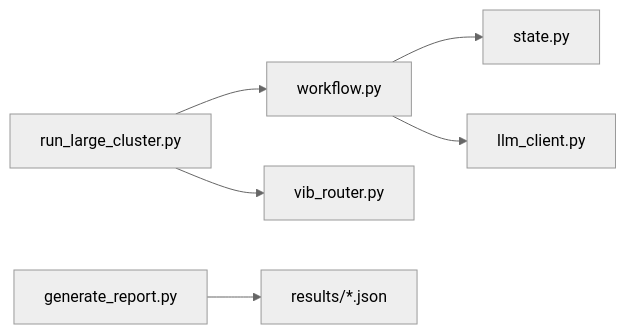
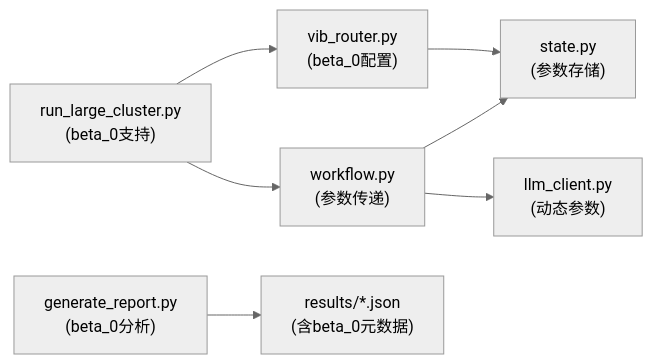
Before and after one commit to QuStarry/VIB-SparseCommunication: the sixth of 6 diagrams in .qoder/repowiki/zh/content/核心架构/实验框架/大规模集群实验.md, drawn with Mermaid (neutral theme). The commit also changed other lines of this file and 18 other files, not shown here.

First line of the commit message:
feat(vib_router): 优化VIB路由器参数配置与多组件集成

````diff
--- a/.qoder/repowiki/zh/content/核心架构/实验框架/大规模集群实验.md
+++ b/.qoder/repowiki/zh/content/核心架构/实验框架/大规模集群实验.md
@@ -283,8 +317,9 @@
 ```mermaid
 graph LR
-RLC["run_large_cluster.py"] --> WF["workflow.py"]
-RLC --> VR["vib_router.py"]
-WF --> ST["state.py"]
-WF --> LL["llm_client.py"]
-GRP["generate_report.py"] --> RES["results/*.json"]
+RLC["run_large_cluster.py<br/>(beta_0支持)"] --> WF["workflow.py<br/>(参数传递)"]
+RLC --> VR["vib_router.py<br/>(beta_0配置)"]
+WF --> ST["state.py<br/>(参数存储)"]
+WF --> LL["llm_client.py<br/>(动态参数)"]
+GRP["generate_report.py<br/>(beta_0分析)"] --> RES["results/*.json<br/>(含beta_0元数据)"]
+VR --> ST
 ```
````
